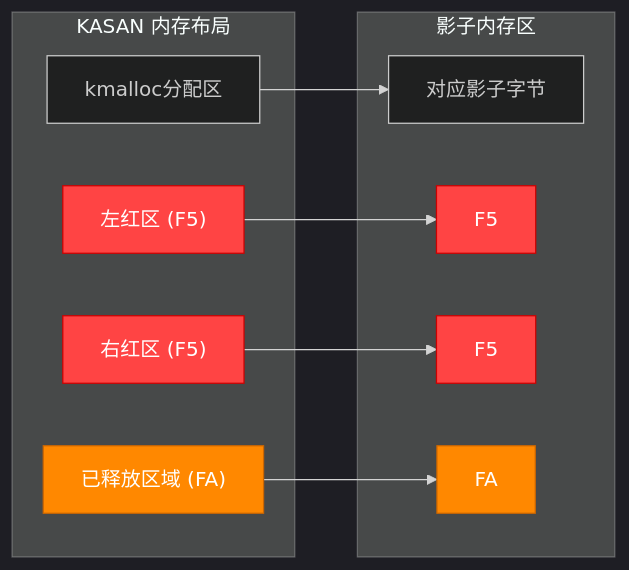
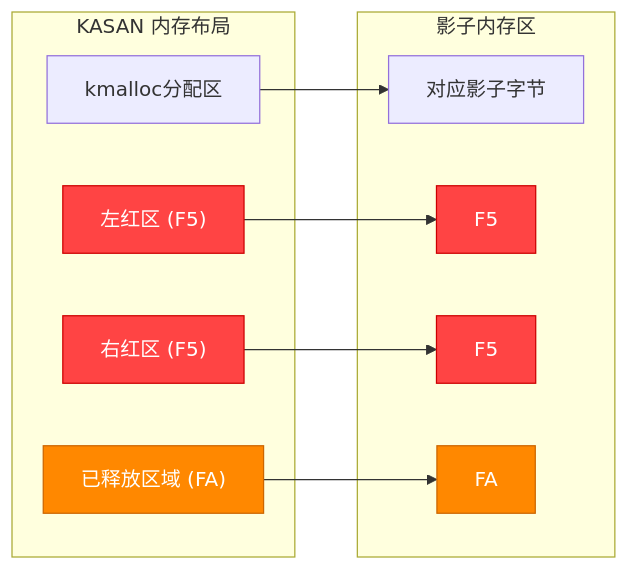
One commit to xiaohong0925/Embedded_Knowledge_System_V2026 changed the diagram in docs/02-核心机制深度解析/第13章 并发与同步/13.6.2_KASAN与KCSAN.md. Above: the diagram before and after it, drawn with Mermaid. The commit also changed other lines of this file and 43 other files, not shown here.

````diff
--- a/docs/02-核心机制深度解析/第13章 并发与同步/13.6.2_KASAN与KCSAN.md
+++ b/docs/02-核心机制深度解析/第13章 并发与同步/13.6.2_KASAN与KCSAN.md
@@ -47,29 +46,28 @@
 ```mermaid
-%%{init: {'theme': 'dark'}}%%
 graph LR
     subgraph "KASAN 内存布局"
         A[" kmalloc分配区 "]
         R1[" 左红区 (F5) "]
         R2[" 右红区 (F5) "]
         F[" 已释放区域 (FA) "]
     end
-    
+
     subgraph "影子内存区"
         S_A[" 对应影子字节 "]
         S_R1[" F5 "]
         S_R2[" F5 "]
         S_F[" FA "]
     end
-    
+
     R1 --> S_R1
     A --> S_A
     R2 --> S_R2
     F --> S_F
-    
+
     style R1 fill:#f44,stroke:#c00,color:#fff
     style R2 fill:#f44,stroke:#c00,color:#fff
     style F fill:#f80,stroke:#c60,color:#fff
     style S_R1 fill:#f44,stroke:#c00,color:#fff
     style S_R2 fill:#f44,stroke:#c00,color:#fff
     style S_F fill:#f80,stroke:#c60,color:#fff
 ```
````
